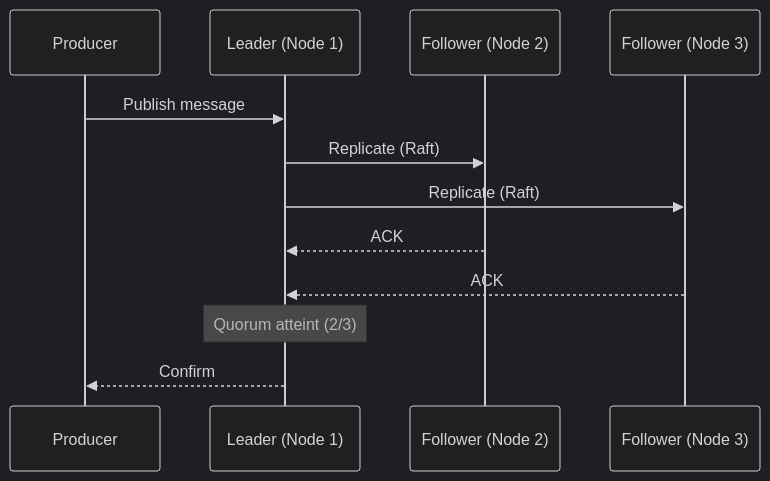
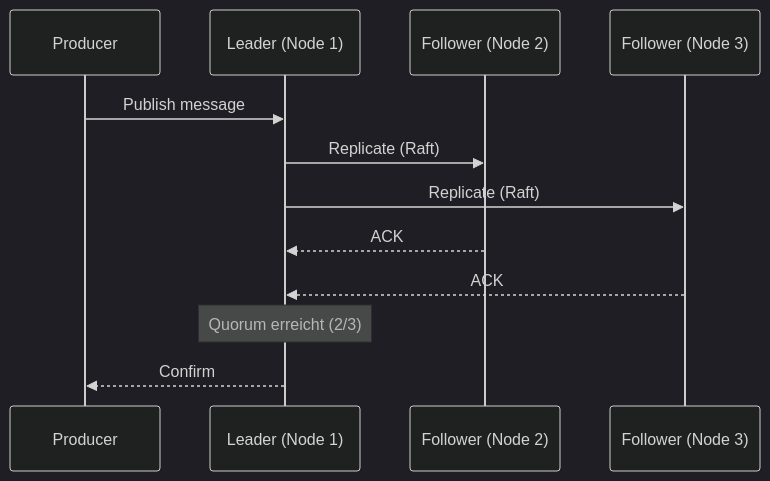
Before and after one commit to HidoraSwiss/hikube-public-doc: the third of 3 diagrams in i18n/de/docusaurus-plugin-content-docs/current/services/messaging/rabbitmq/concepts.md, drawn with Mermaid (dark theme). The commit also changed other lines of this file and 121 other files, not shown here.

````diff
--- a/i18n/de/docusaurus-plugin-content-docs/current/services/messaging/rabbitmq/concepts.md
+++ b/i18n/de/docusaurus-plugin-content-docs/current/services/messaging/rabbitmq/concepts.md
@@ -117,15 +117,15 @@
 ```mermaid
 sequenceDiagram
     participant P as Producer
     participant L as Leader (Node 1)
     participant F1 as Follower (Node 2)
     participant F2 as Follower (Node 3)
 
     P->>L: Publish message
     L->>F1: Replicate (Raft)
     L->>F2: Replicate (Raft)
     F1-->>L: ACK
     F2-->>L: ACK
-    Note over L: Quorum atteint (2/3)
+    Note over L: Quorum erreicht (2/3)
     L-->>P: Confirm
 ```
````
